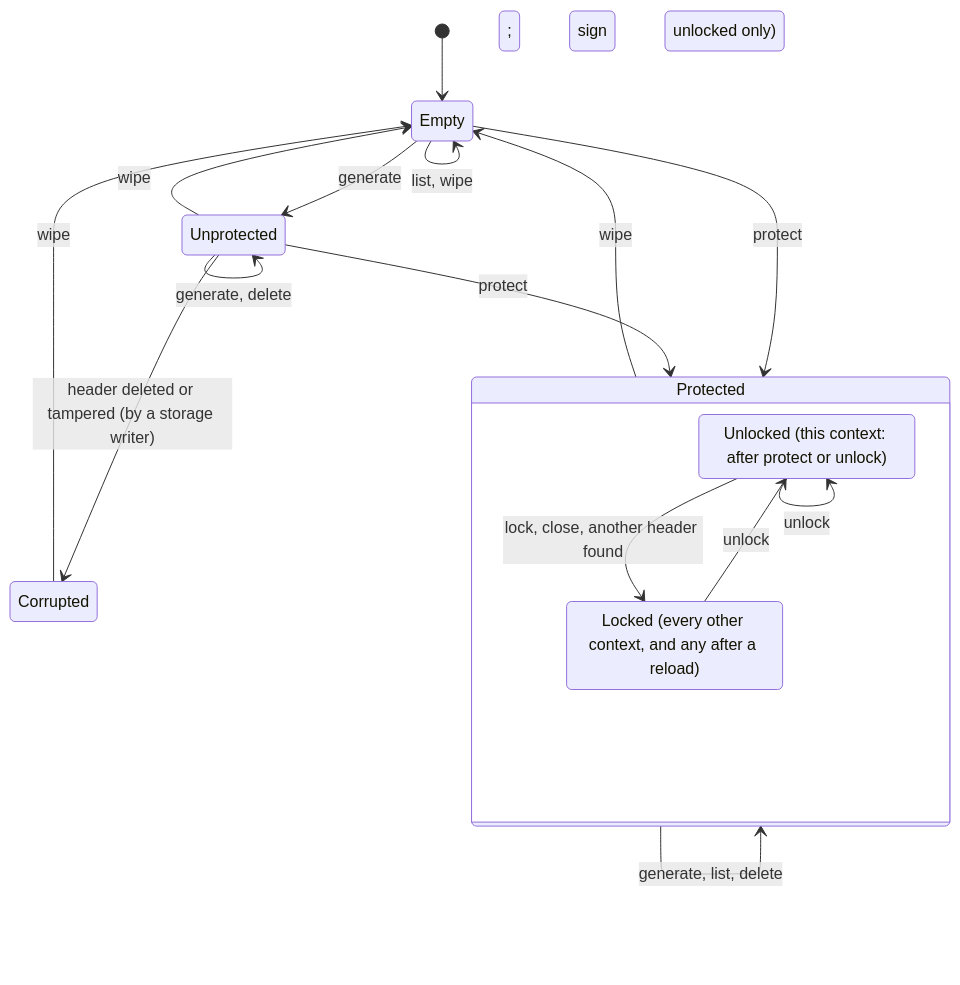
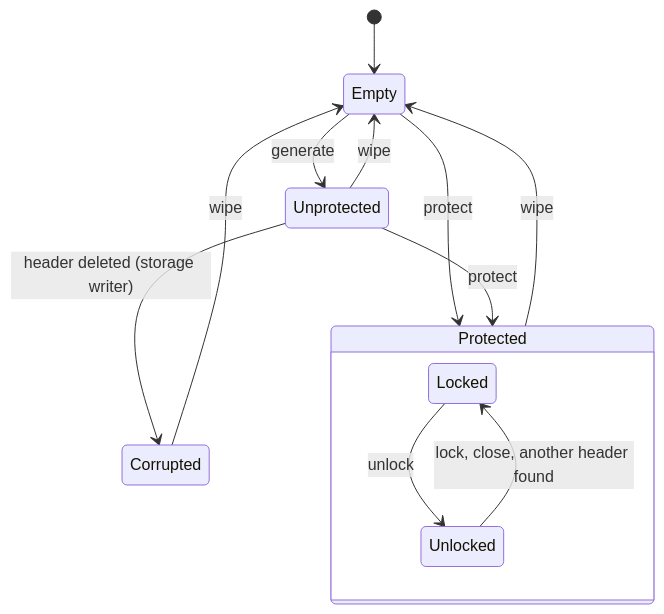
Before and after one commit to yehor-core/vault: the diagram in DESIGN.md, drawn with Mermaid. The commit also changed other lines of this file and 1 other file, not shown here.

````diff
--- a/DESIGN.md
+++ b/DESIGN.md
@@ -214,21 +167,15 @@
 ```mermaid
 stateDiagram-v2
   [*] --> Empty
   Empty --> Unprotected: generate
-  Unprotected --> Unprotected: generate, delete
-  Unprotected --> Empty: wipe
-  Empty --> Empty: list, wipe
-  Unprotected --> Corrupted: header deleted or tampered (by a storage writer)
-  Corrupted --> Empty: wipe
   Empty --> Protected: protect
   Unprotected --> Protected: protect
+  Unprotected --> Corrupted: header deleted (storage writer)
   state Protected {
-    Unlocked: Unlocked (this context: after protect or unlock)
-    Locked: Locked (every other context, and any after a reload)
     Locked --> Unlocked: unlock
-    Unlocked --> Unlocked: unlock
     Unlocked --> Locked: lock, close, another header found
   }
-  Protected --> Protected: generate, list, delete; sign (sealed: unlocked only)
+  Unprotected --> Empty: wipe
   Protected --> Empty: wipe
+  Corrupted --> Empty: wipe
 ```
````
